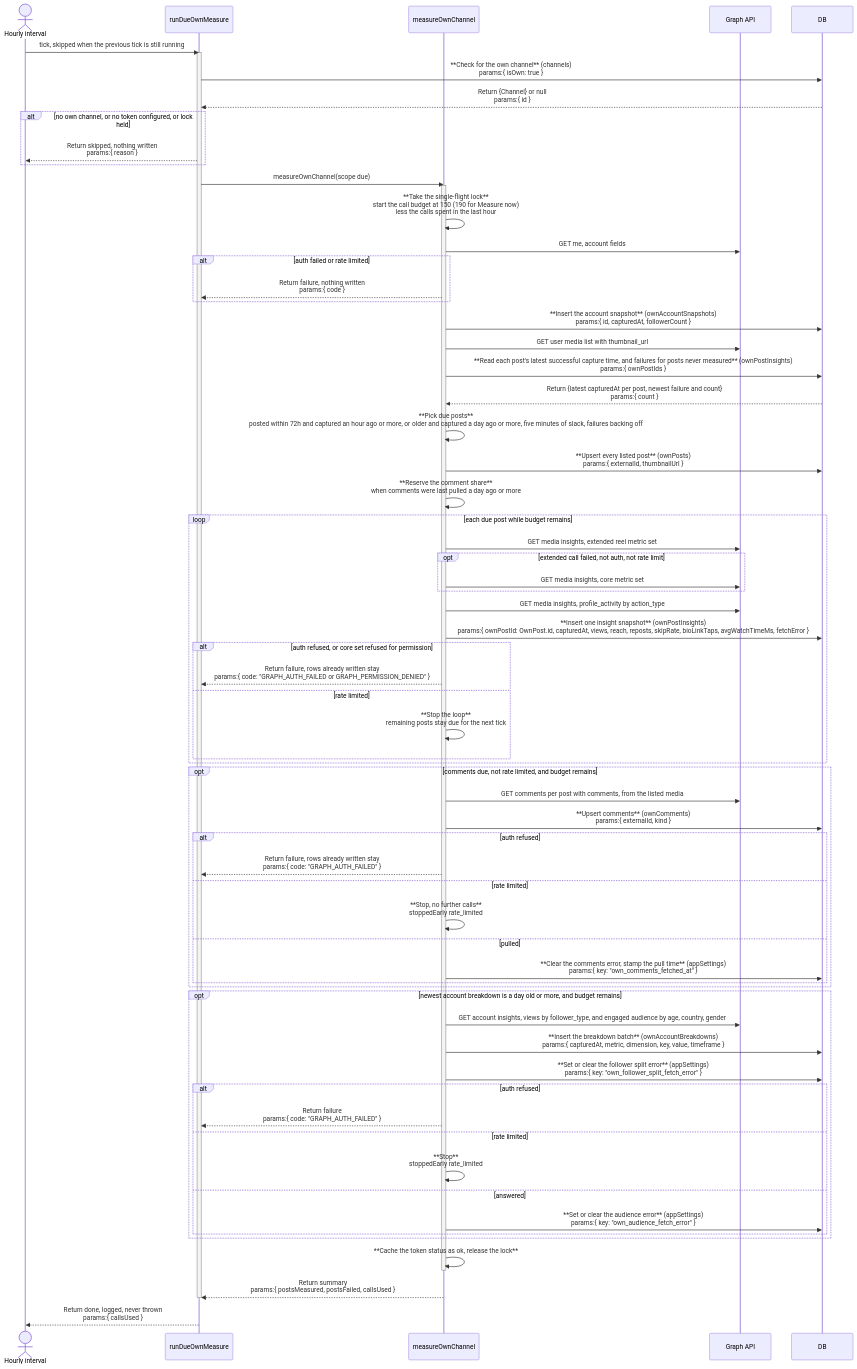
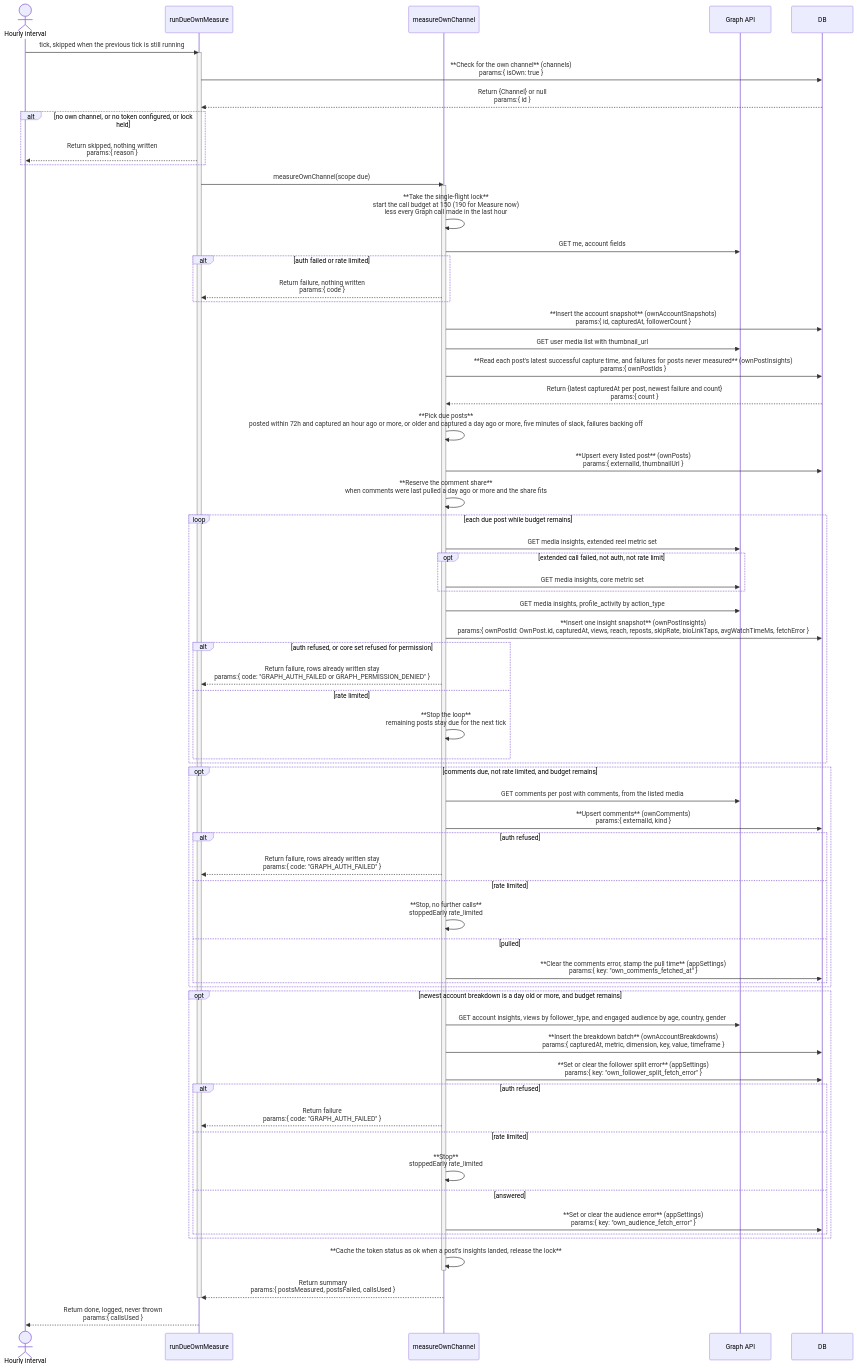
The third of 4 diagrams in documents/architect/core-components/mine/02-architecture.md (Kaiships-ai/crowsnest), drawn with Mermaid before and after one commit. The commit also changed other lines of this file and 2 other files, not shown here.

Commit message:
docs(mine): sync 02, 03, 04 to the transport call ledger and the fifth review fixes

````diff
--- a/documents/architect/core-components/mine/02-architecture.md
+++ b/documents/architect/core-components/mine/02-architecture.md
@@ -226,71 +226,71 @@
 ```mermaid
 sequenceDiagram
     actor Timer as Hourly interval
     participant Tick as runDueOwnMeasure
     participant Svc as measureOwnChannel
     participant Graph as Graph API
     participant DB
 
     Timer->>Tick: tick, skipped when the previous tick is still running
     activate Tick
     Tick->>DB: **Check for the own channel** (channels)<br/>params:{ isOwn: true }
     DB-->>Tick: Return {Channel} or null<br/>params:{ id }
     alt no own channel, or no token configured, or lock held
         Tick-->>Timer: Return skipped, nothing written<br/>params:{ reason }
     end
     Tick->>Svc: measureOwnChannel(scope due)
     activate Svc
-    Svc->>Svc: **Take the single-flight lock**<br/>start the call budget at 150 (190 for Measure now)<br/>less the calls spent in the last hour
+    Svc->>Svc: **Take the single-flight lock**<br/>start the call budget at 150 (190 for Measure now)<br/>less every Graph call made in the last hour
     Svc->>Graph: GET me, account fields
     alt auth failed or rate limited
         Svc-->>Tick: Return failure, nothing written<br/>params:{ code }
     end
     Svc->>DB: **Insert the account snapshot** (ownAccountSnapshots)<br/>params:{ id, capturedAt, followerCount }
     Svc->>Graph: GET user media list with thumbnail_url
     Svc->>DB: **Read each post's latest successful capture time, and failures for posts never measured** (ownPostInsights)<br/>params:{ ownPostIds }
     DB-->>Svc: Return {latest capturedAt per post, newest failure and count}<br/>params:{ count }
     Svc->>Svc: **Pick due posts**<br/>posted within 72h and captured an hour ago or more, or older and captured a day ago or more, five minutes of slack, failures backing off
     Svc->>DB: **Upsert every listed post** (ownPosts)<br/>params:{ externalId, thumbnailUrl }
-    Svc->>Svc: **Reserve the comment share**<br/>when comments were last pulled a day ago or more
+    Svc->>Svc: **Reserve the comment share**<br/>when comments were last pulled a day ago or more and the share fits
     loop each due post while budget remains
         Svc->>Graph: GET media insights, extended reel metric set
         opt extended call failed, not auth, not rate limit
             Svc->>Graph: GET media insights, core metric set
         end
         Svc->>Graph: GET media insights, profile_activity by action_type
         Svc->>DB: **Insert one insight snapshot** (ownPostInsights)<br/>params:{ ownPostId: OwnPost.id, capturedAt, views, reach, reposts, skipRate, bioLinkTaps, avgWatchTimeMs, fetchError }
         alt auth refused, or core set refused for permission
             Svc-->>Tick: Return failure, rows already written stay<br/>params:{ code: "GRAPH_AUTH_FAILED or GRAPH_PERMISSION_DENIED" }
         else rate limited
             Svc->>Svc: **Stop the loop**<br/>remaining posts stay due for the next tick
         end
     end
     opt comments due, not rate limited, and budget remains
         Svc->>Graph: GET comments per post with comments, from the listed media
         Svc->>DB: **Upsert comments** (ownComments)<br/>params:{ externalId, kind }
         alt auth refused
             Svc-->>Tick: Return failure, rows already written stay<br/>params:{ code: "GRAPH_AUTH_FAILED" }
         else rate limited
             Svc->>Svc: **Stop, no further calls**<br/>stoppedEarly rate_limited
         else pulled
             Svc->>DB: **Clear the comments error, stamp the pull time** (appSettings)<br/>params:{ key: "own_comments_fetched_at" }
         end
     end
     opt newest account breakdown is a day old or more, and budget remains
         Svc->>Graph: GET account insights, views by follower_type, and engaged audience by age, country, gender
         Svc->>DB: **Insert the breakdown batch** (ownAccountBreakdowns)<br/>params:{ capturedAt, metric, dimension, key, value, timeframe }
         Svc->>DB: **Set or clear the follower split error** (appSettings)<br/>params:{ key: "own_follower_split_fetch_error" }
         alt auth refused
             Svc-->>Tick: Return failure<br/>params:{ code: "GRAPH_AUTH_FAILED" }
         else rate limited
             Svc->>Svc: **Stop**<br/>stoppedEarly rate_limited
         else answered
             Svc->>DB: **Set or clear the audience error** (appSettings)<br/>params:{ key: "own_audience_fetch_error" }
         end
     end
-    Svc->>Svc: **Cache the token status as ok, release the lock**
+    Svc->>Svc: **Cache the token status as ok when a post's insights landed, release the lock**
     deactivate Svc
     Svc-->>Tick: Return summary<br/>params:{ postsMeasured, postsFailed, callsUsed }
     deactivate Tick
     Tick-->>Timer: Return done, logged, never thrown<br/>params:{ callsUsed }
 ```
````
